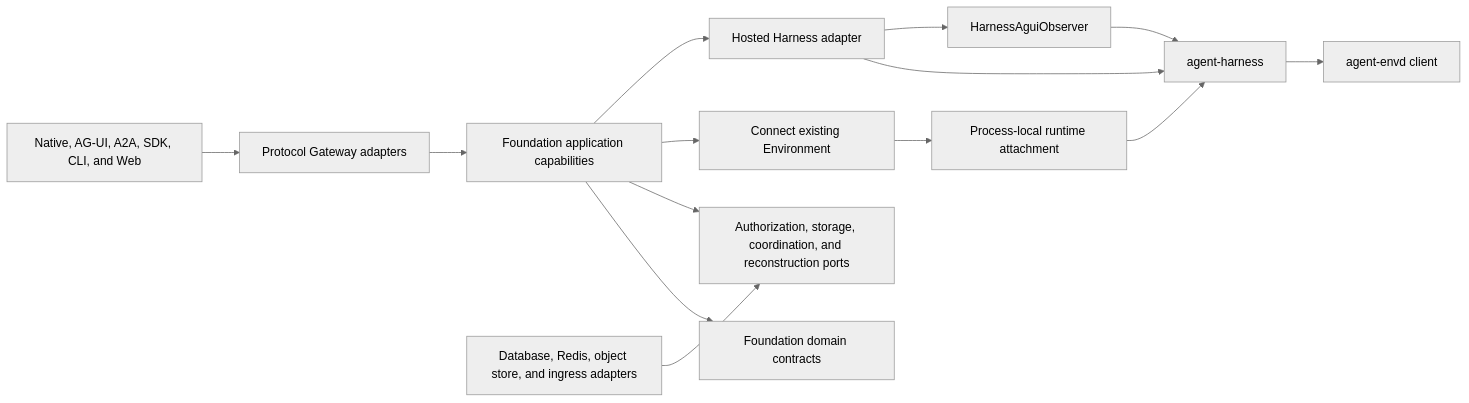
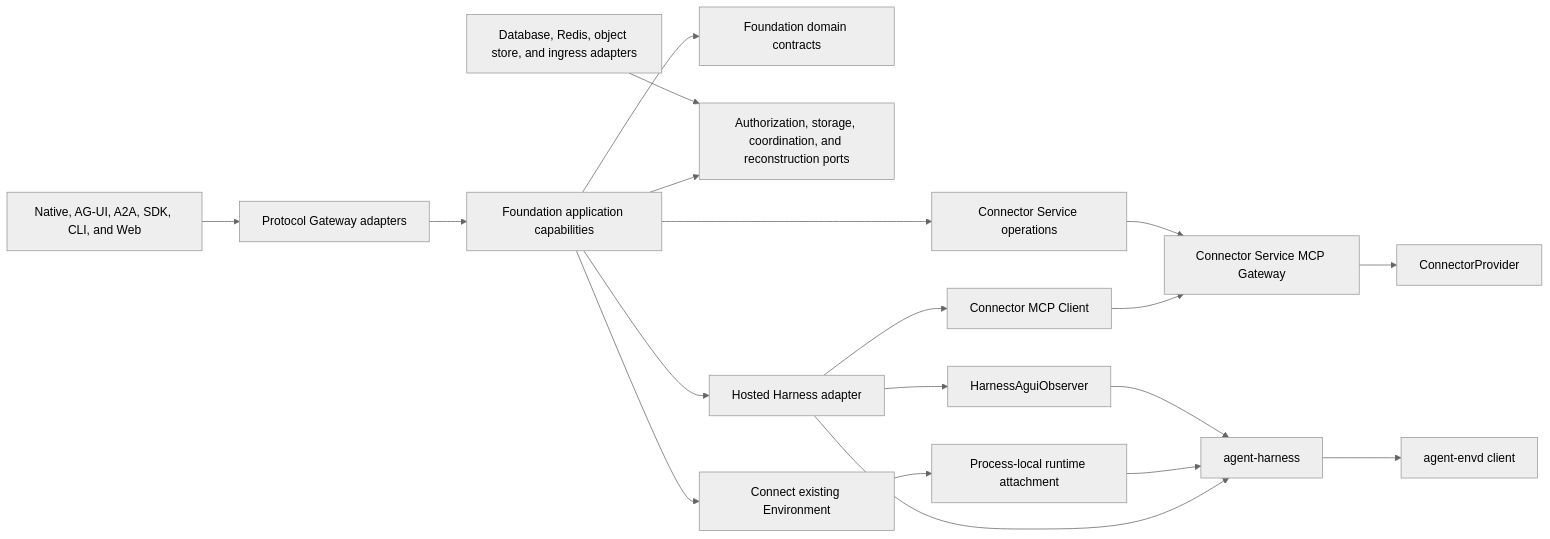
One commit to converge-ai-labs/agent-foundation changed the third of 3 diagrams in spec/foundation-service/00-overview.md. Above: the diagram before and after it, drawn with Mermaid (neutral theme). The commit also changed other lines of this file and 41 other files, not shown here.

First line of the commit message:
refactor(connectors): route tools through MCP gateway

````diff
--- a/spec/foundation-service/00-overview.md
+++ b/spec/foundation-service/00-overview.md
@@ -173,16 +201,21 @@
 ```mermaid
 flowchart LR
     Surfaces[Native, AG-UI, A2A, SDK, CLI, and Web] --> Gateway[Protocol Gateway adapters]
     Gateway --> Applications[Foundation application capabilities]
     Applications --> Domain[Foundation domain contracts]
     Applications --> Ports[Authorization, storage, coordination, and reconstruction ports]
     Adapters[Database, Redis, object store, and ingress adapters] --> Ports
-    Applications --> Connector[Connect existing Environment]
+    Applications --> ConnectorService[Connector Service operations]
+    Applications --> EnvConnector[Connect existing Environment]
     Applications --> HostedHarness[Hosted Harness adapter]
     HostedHarness --> Harness[agent-harness]
-    Connector --> Attachment[Process-local runtime attachment]
+    HostedHarness --> MCPClient[Connector MCP Client]
+    MCPClient --> MCPGateway[Connector Service MCP Gateway]
+    ConnectorService --> MCPGateway
+    MCPGateway --> Provider[ConnectorProvider]
+    EnvConnector --> Attachment[Process-local runtime attachment]
     Attachment --> Harness
     HostedHarness --> Observer[HarnessAguiObserver]
     Observer --> Harness
     Harness --> EnvdClient[agent-envd client]
 ```
````
